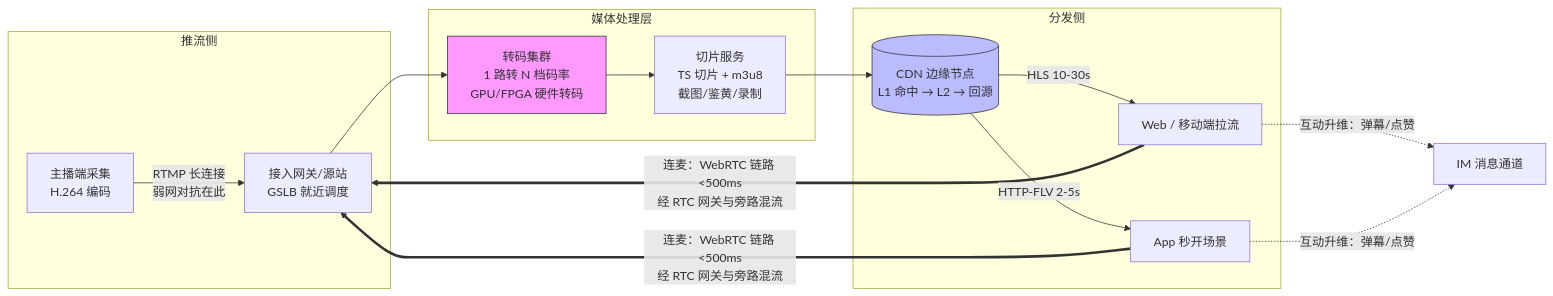
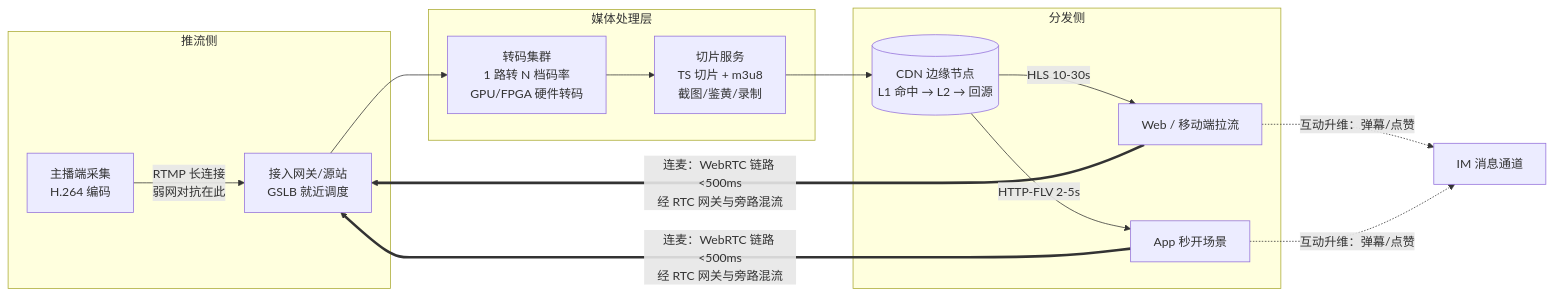
The second of 3 diagrams in docs/chronicle/livestream.md (shuifans/cloud-ai-knowledge-base), drawn with Mermaid before and after one commit. The commit also changed 16 other files, not shown here.

````diff
--- a/docs/chronicle/livestream.md
+++ b/docs/chronicle/livestream.md
@@ -156,19 +156,19 @@
 ```mermaid
 flowchart LR
   subgraph ingest [推流侧]
     A[主播端采集<br/>H.264 编码] -->|RTMP 长连接<br/>弱网对抗在此| B[接入网关/源站<br/> GSLB 就近调度]
   end
   subgraph process [媒体处理层]
     B --> C[转码集群<br/>1 路转 N 档码率<br/>GPU/FPGA 硬件转码]
     C --> D[切片服务<br/>TS 切片 + m3u8<br/>截图/鉴黄/录制]
   end
   subgraph deliver [分发侧]
     D --> E[(CDN 边缘节点<br/>L1 命中 → L2 → 回源)]
     E -->|HLS 10-30s| F[Web / 移动端拉流]
     E -->|HTTP-FLV 2-5s| G[App 秒开场景]
   end
   F & G -.->|"互动升维：弹幕/点赞"| H[IM 消息通道]
   F & G ==>|"连麦：WebRTC 链路 <500ms<br/>经 RTC 网关与旁路混流"| B
-  style C fill:#f9f,stroke:#333
-  style E fill:#bbf,stroke:#333
+  class C coast-node-warm
+  class E coast-node-sea
 ```
````
